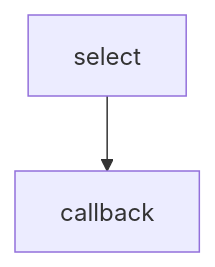
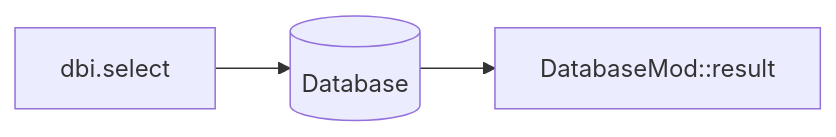
Before and after one commit to LiF-x/lifxmod.com: the diagram in howtomakemods/server/2-databases.md, drawn with Mermaid.

Commit message:
Updated 1 file via CloudCannon.

````diff
--- a/howtomakemods/server/2-databases.md
+++ b/howtomakemods/server/2-databases.md
@@ -56,4 +56,5 @@
 ```mermaid
-graph TD;
-    select-->callback;
+graph LR;
+    dbi.select-->id1[(Database)]
+    id1[(Database)]-->DatabaseMod::result;
 ```
````
